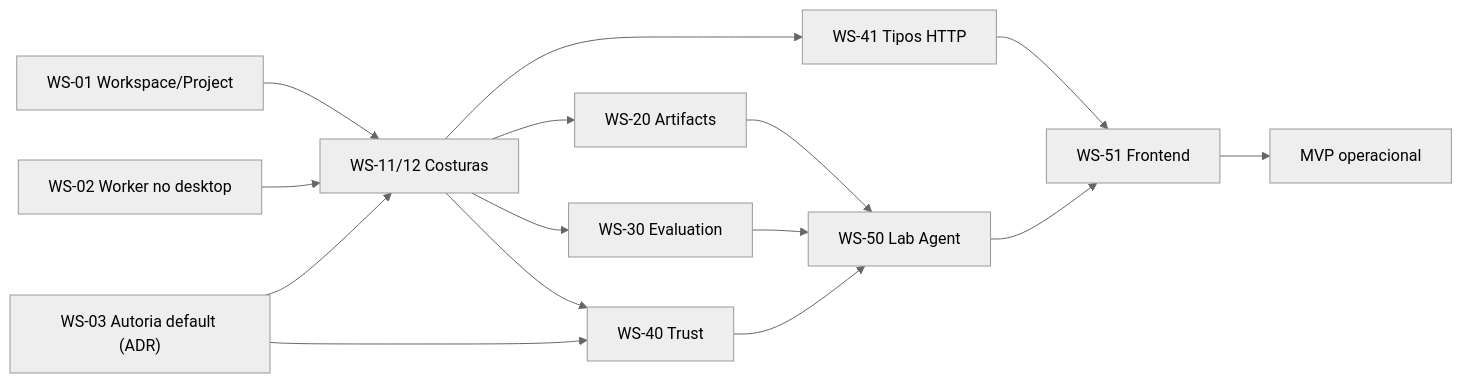
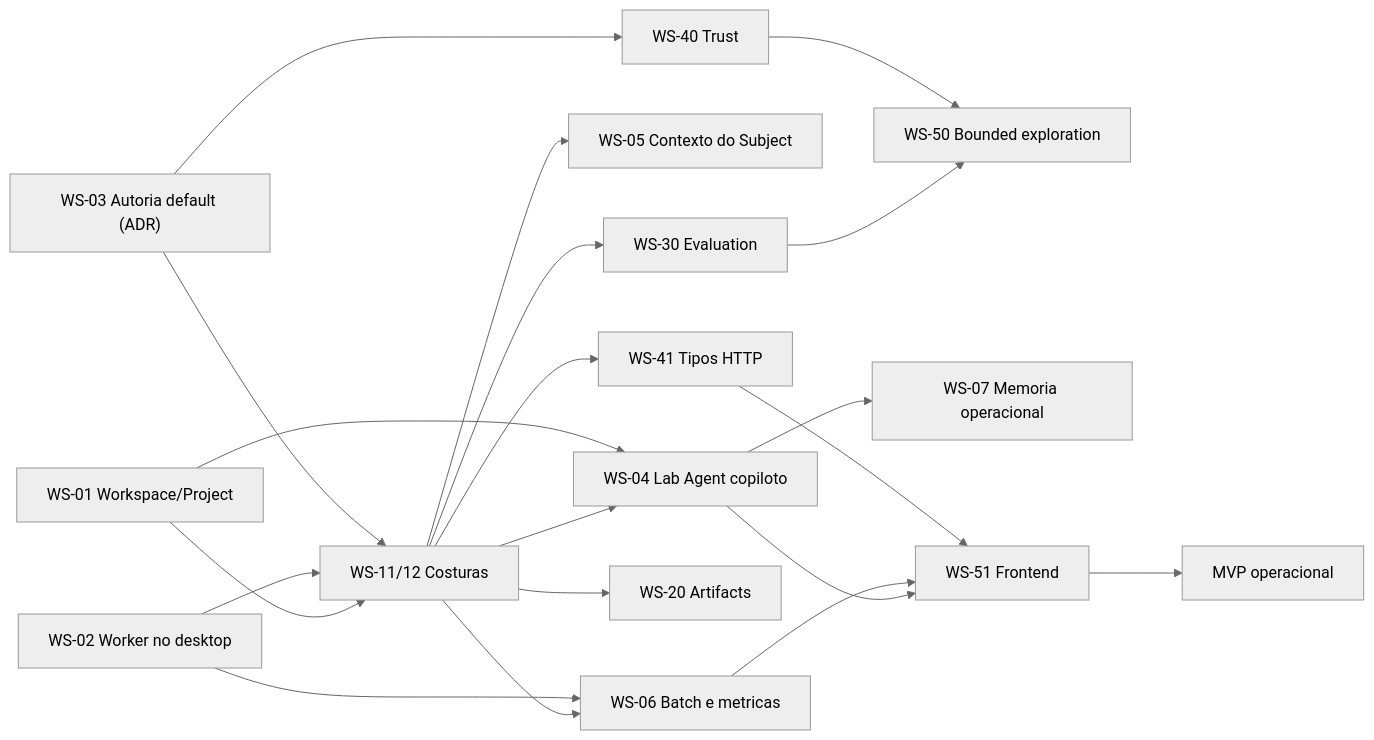
Before and after one commit to levygit837-cyber/evidrun: the diagram in docs/planning/mvp-implementation-roadmap.md, drawn with Mermaid (neutral theme). The commit also changed other lines of this file and 23 other files, not shown here.

First line of the commit message:
docs: define Lab Agent comfortable minimum (#74)

````diff
--- a/docs/planning/mvp-implementation-roadmap.md
+++ b/docs/planning/mvp-implementation-roadmap.md
@@ -145,17 +162,22 @@
 ```mermaid
 flowchart LR
     W01["WS-01 Workspace/Project"] --> SEAM
     W02["WS-02 Worker no desktop"] --> SEAM
     W03["WS-03 Autoria default (ADR)"] --> SEAM
-    SEAM["WS-11/12 Costuras"] --> W20["WS-20 Artifacts"]
+    SEAM["WS-11/12 Costuras"] --> W04["WS-04 Lab Agent copiloto"]
+    SEAM --> W05["WS-05 Contexto do Subject"]
+    SEAM --> W06["WS-06 Batch e metricas"]
+    SEAM --> W41["WS-41 Tipos HTTP"]
+    W01 --> W04
+    W02 --> W06
+    W03 --> W40["WS-40 Trust"]
+    SEAM --> W20["WS-20 Artifacts"]
     SEAM --> W30["WS-30 Evaluation"]
-    SEAM --> W40["WS-40 Trust"]
-    SEAM --> W41["WS-41 Tipos HTTP"]
-    W03 --> W40
-    W20 --> W50["WS-50 Lab Agent"]
-    W30 --> W50
+    W30 --> W50["WS-50 Bounded exploration"]
     W40 --> W50
-    W41 --> W51["WS-51 Frontend"]
-    W50 --> W51
+    W04 --> W07["WS-07 Memoria operacional"]
+    W04 --> W51["WS-51 Frontend"]
+    W06 --> W51
+    W41 --> W51
     W51 --> MVP["MVP operacional"]
 ```
````
